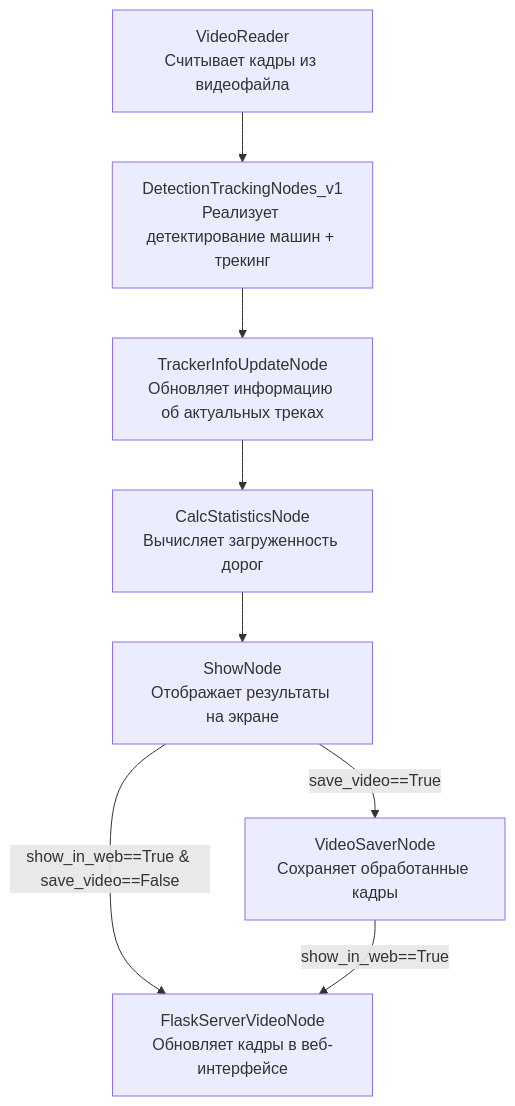
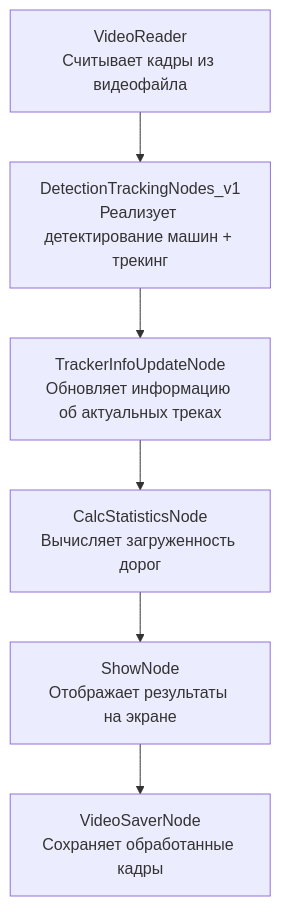
The first of 2 diagrams in README.md (Aleksandr62aa/Computer_Vision), drawn with Mermaid before and after one commit.

````diff
--- a/README.md
+++ b/README.md
@@ -51,10 +51,10 @@
 ```mermaid
 graph TD;
     A["VideoReader<br>Считывает кадры из видеофайла"] --> B["DetectionTrackingNodes_v1<br>Реализует детектирование машин + трекинг"];
     B --> C["TrackerInfoUpdateNode<br>Обновляет информацию об актуальных треках"];
     C --> D["CalcStatisticsNode<br>Вычисляет загруженность дорог"];     
     D --> F["ShowNode<br>Отображает результаты на экране"];
-    F --save_video==True --> H["VideoSaverNode<br>Сохраняет обработанные кадры"];
-    F --show_in_web==True & save_video==False --> L["FlaskServerVideoNode<br>Обновляет кадры в веб-интерфейсе"];
-    H --show_in_web==True --> L
+    F --> H["VideoSaverNode<br>Сохраняет обработанные кадры"];
+    
+   
 ```
````
